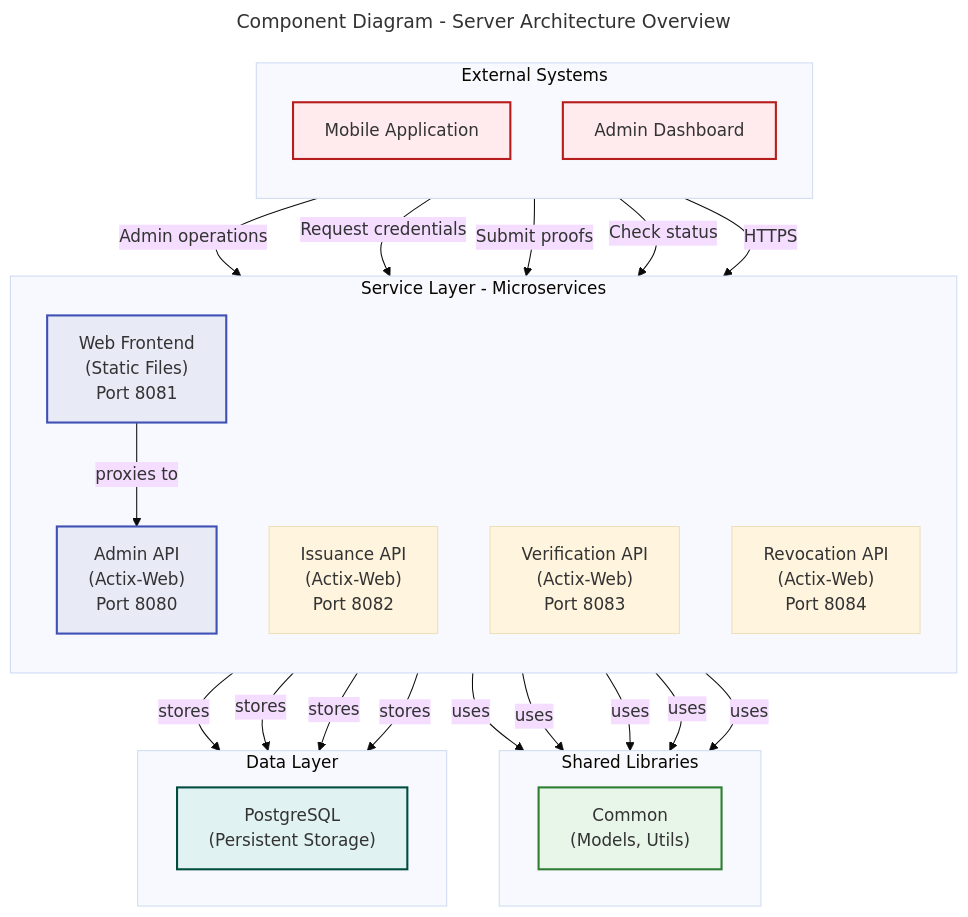
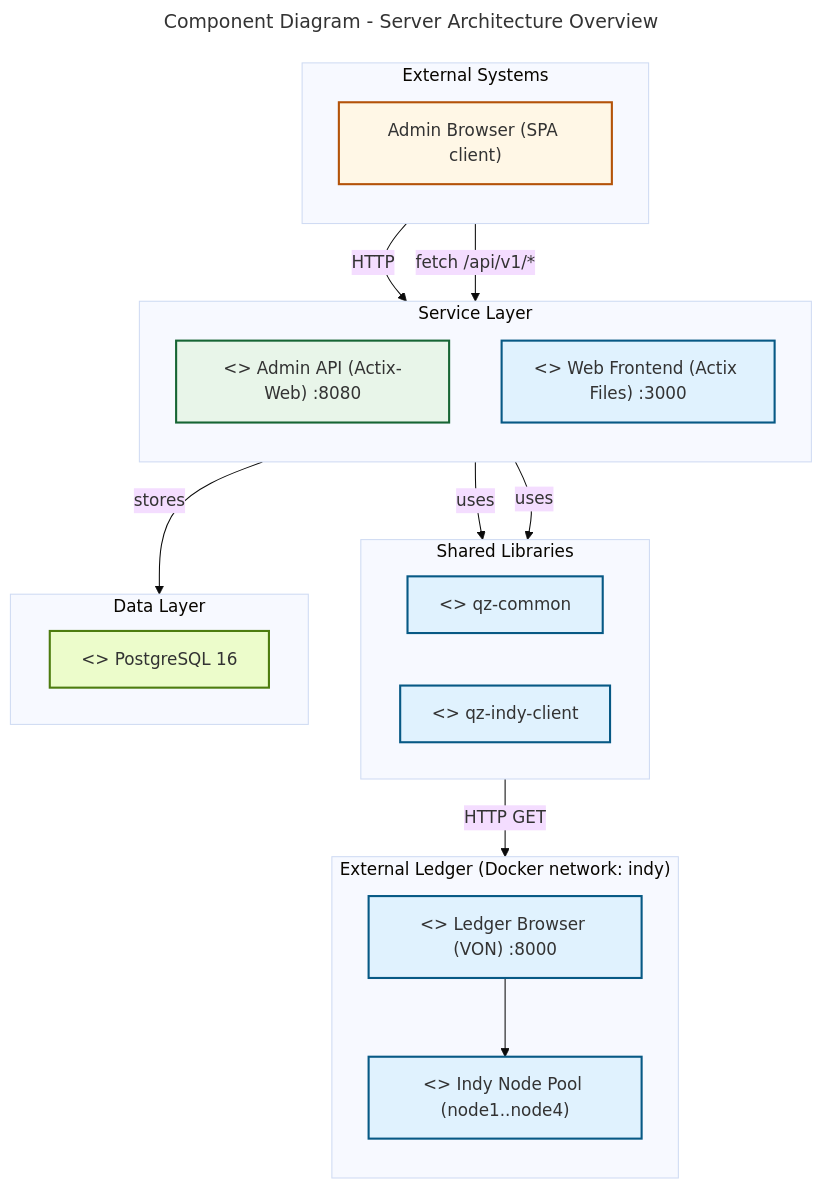
Before and after one commit to CHATEAUFORGE-LLC/QuantumZero: the diagram in diagrams/component-server-overview.mmd, drawn with Mermaid. The commit also changed 63 other files, not shown here.

Commit message:
expansion of diagrams, and further refinement

```diff
--- a/diagrams/component-server-overview.mmd
+++ b/diagrams/component-server-overview.mmd
@@ -1,64 +1,57 @@
 ---
 title: Component Diagram - Server Architecture Overview
 config:
   theme: base
 ---
-graph TB
-    %% Service Layer - Microservices
-    subgraph Services["Service Layer - Microservices"]
+%% QuantumZero UML palette note: actors/external=#fff7e6/#b45309, system/component=#e0f2fe/#075985, datastore=#ecfccb/#4d7c0f, notes=#fff9c4/#d97706. Aligns diagrams to Deliverable 1 UML/DFD theme.
+flowchart TB
+    %% QuantumZero UML palette (standardized)
+    classDef actor fill:#fff7e6,stroke:#b45309,stroke-width:2px
+    classDef component fill:#e0f2fe,stroke:#075985,stroke-width:2px
+    classDef service fill:#e8f5e9,stroke:#166534,stroke-width:2px
+    classDef datastore fill:#ecfccb,stroke:#4d7c0f,stroke-width:2px
+
+    %% Service Layer (current implementation)
+    subgraph Services["Service Layer"]
         direction TB
-        AdminAPI["Admin API<br/>(Actix-Web)<br/>Port 8080"]
-        IssuanceAPI["Issuance API<br/>(Actix-Web)<br/>Port 8082"]
-        VerificationAPI["Verification API<br/>(Actix-Web)<br/>Port 8083"]
-        RevocationAPI["Revocation API<br/>(Actix-Web)<br/>Port 8084"]
-        WebFrontend["Web Frontend<br/>(Static Files)<br/>Port 8081"]
+        AdminAPI["<<component>> Admin API (Actix-Web) :8080"]:::service
+        WebFrontend["<<component>> Web Frontend (Actix Files) :3000"]:::component
     end
     
     %% Shared Libraries
     subgraph SharedLibs["Shared Libraries"]
         direction LR
-        Common["Common<br/>(Models, Utils)"]
+        Common["<<component>> qz-common"]:::component
+        IndyClient["<<component>> qz-indy-client"]:::component
     end
     
     %% Data Layer
     subgraph DataLayer["Data Layer"]
         direction LR
-        PostgreSQL["PostgreSQL<br/>(Persistent Storage)"]
+        PostgreSQL["<<database>> PostgreSQL 16"]:::datastore
+    end
+
+    %% External ledger access (via ledger browser HTTP)
+    subgraph Ledger["External Ledger (Docker network: indy)"]
+        direction TB
+        LedgerBrowser["<<component>> Ledger Browser (VON) :8000"]:::component
+        IndyPool["<<component>> Indy Node Pool (node1..node4)"]:::component
     end
     
     %% External Systems
     subgraph External["External Systems"]
         direction TB
-        MobileApp["Mobile Application"]
-        AdminDashboard["Admin Dashboard"]
+        Browser["Admin Browser (SPA client)"]:::actor
     end
     
     %% Dependencies
     AdminAPI -->|uses| Common
-    IssuanceAPI -->|uses| Common
-    VerificationAPI -->|uses| Common
-    RevocationAPI -->|uses| Common
-    WebFrontend -->|uses| Common
+    AdminAPI -->|uses| IndyClient
     
     AdminAPI -->|stores| PostgreSQL
-    IssuanceAPI -->|stores| PostgreSQL
-    VerificationAPI -->|stores| PostgreSQL
-    RevocationAPI -->|stores| PostgreSQL
+
+    IndyClient -->|HTTP GET| LedgerBrowser
+    LedgerBrowser --> IndyPool
     
-    MobileApp -->|Admin operations| AdminAPI
-    MobileApp -->|Request credentials| IssuanceAPI
-    MobileApp -->|Submit proofs| VerificationAPI
-    MobileApp -->|Check status| RevocationAPI
-    AdminDashboard -->|HTTPS| WebFrontend
-    WebFrontend -->|proxies to| AdminAPI
-    
-    %% Styling
-    classDef serviceStyle fill:#e8eaf6,stroke:#3f51b5,stroke-width:2px
-    classDef sharedStyle fill:#e8f5e9,stroke:#2e7d32,stroke-width:2px
-    classDef dataStyle fill:#e0f2f1,stroke:#004d40,stroke-width:2px
-    classDef externalStyle fill:#ffebee,stroke:#b71c1c,stroke-width:2px
-    
-    class AdminAPI,WebFrontend serviceStyle
-    class Common sharedStyle
-    class PostgreSQL dataStyle
-    class MobileApp,AdminDashboard externalStyle
+    Browser -->|HTTP| WebFrontend
+    Browser -->|fetch /api/v1/*| AdminAPI
```
